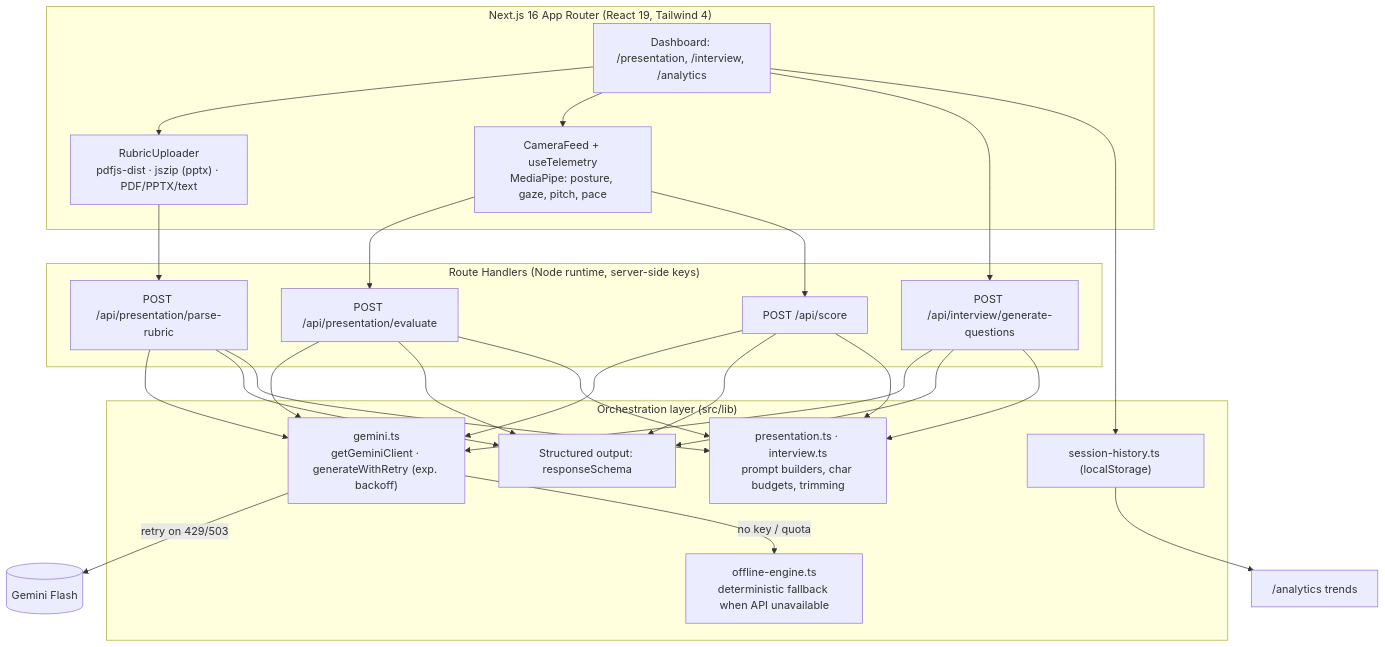
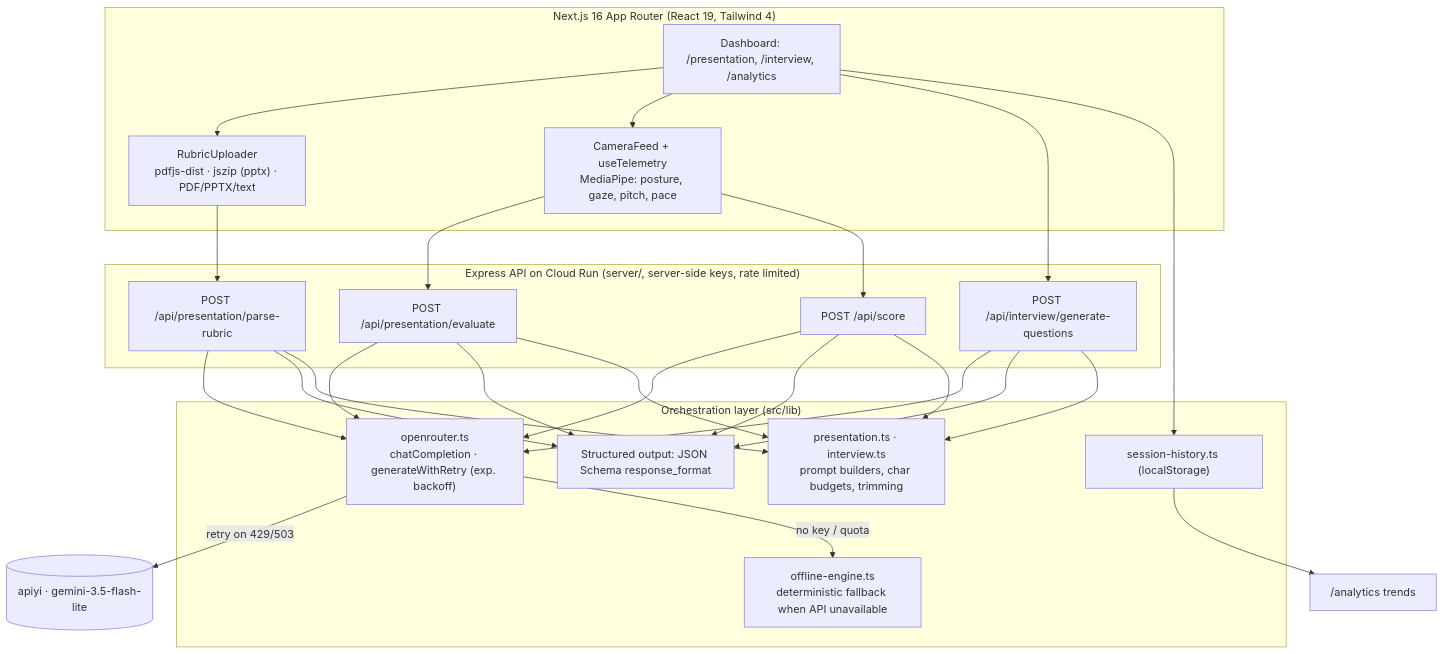
The diagram in README.md (smubia-projects/ail-ay2627-s1-dhee-pitch-perfect), drawn with Mermaid before and after one commit. The commit also changed other lines of this file and 1 other file, not shown here.

First line of the commit message:
docs: describe the Vercel and Cloud Run layout, gateway setup and rate limiting

````diff
--- a/README.md
+++ b/README.md
@@ -25,34 +25,34 @@
 ```mermaid
 flowchart TD
     subgraph Client["Next.js 16 App Router (React 19, Tailwind 4)"]
         UI["Dashboard: /presentation, /interview, /analytics"]
         Cam["CameraFeed + useTelemetry<br/>MediaPipe: posture, gaze, pitch, pace"]
         Up["RubricUploader<br/>pdfjs-dist · jszip (pptx) · PDF/PPTX/text"]
     end
 
-    subgraph API["Route Handlers (Node runtime, server-side keys)"]
+    subgraph API["Express API on Cloud Run (server/, server-side keys, rate limited)"]
         R1["POST /api/presentation/parse-rubric"]
         R2["POST /api/presentation/evaluate"]
         R3["POST /api/interview/generate-questions"]
         R4["POST /api/score"]
     end
 
     subgraph Core["Orchestration layer (src/lib)"]
-        G["gemini.ts<br/>getGeminiClient · generateWithRetry (exp. backoff)"]
-        S["Structured output: responseSchema"]
+        G["openrouter.ts<br/>chatCompletion · generateWithRetry (exp. backoff)"]
+        S["Structured output: JSON Schema response_format"]
         P["presentation.ts · interview.ts<br/>prompt builders, char budgets, trimming"]
         OFF["offline-engine.ts<br/>deterministic fallback when API unavailable"]
         H["session-history.ts (localStorage)"]
     end
 
     UI --> Up --> R1
     UI --> Cam --> R2
     Cam --> R4
     UI --> R3
     R1 & R2 & R3 & R4 --> G
-    G -->|retry on 429/503| Gemini[("Gemini Flash")]
+    G -->|retry on 429/503| LLM[("apiyi · gemini-3.5-flash-lite")]
     G -->|no key / quota| OFF
     R1 & R2 & R3 & R4 --> S
     R1 & R2 & R3 & R4 --> P
     UI --> H --> Analytics["/analytics trends"]
 ```
````
